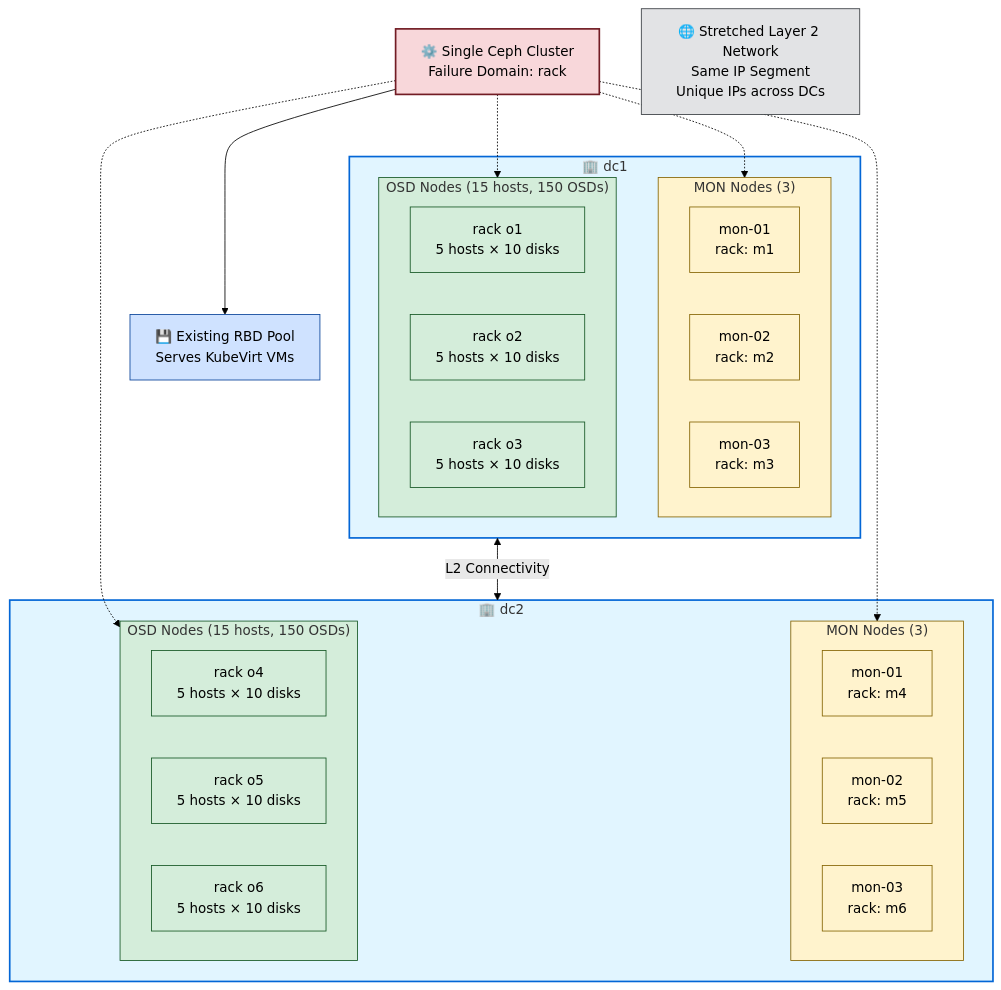
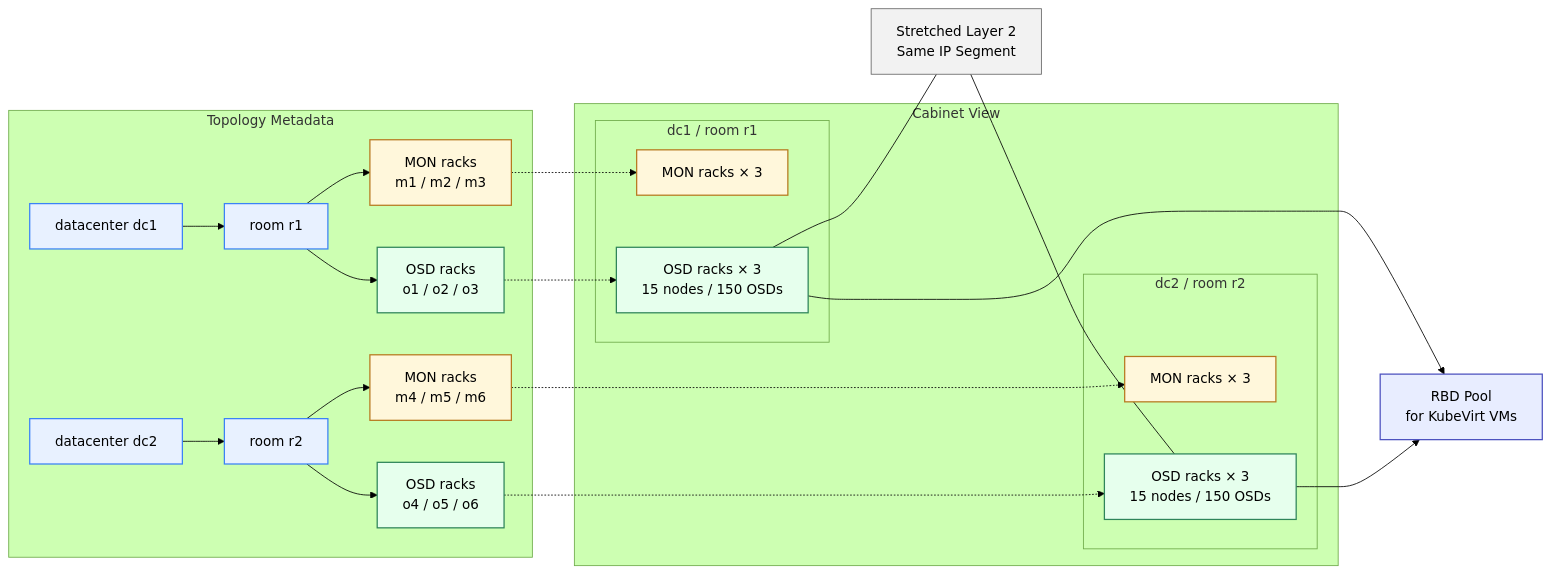
Before and after one commit to MansionLai/notebook: the diagram in storage/ceph-cross-dc-migration/index.md, drawn with Mermaid (forest theme). The commit also changed other lines of this file, not shown here.

Commit message:
docs: redesign ceph migration landing page\n\nCo-authored-by: Copilot <223556219+Copilot@users.noreply.github.com>

````diff
--- a/storage/ceph-cross-dc-migration/index.md
+++ b/storage/ceph-cross-dc-migration/index.md
@@ -76,58 +41,57 @@
 ```mermaid
-graph TB
-    subgraph DC1["🏢 dc1"]
-        subgraph MON_DC1["MON Nodes (3)"]
-            M1["mon-01<br/>rack: m1"]
-            M2["mon-02<br/>rack: m2"]
-            M3["mon-03<br/>rack: m3"]
+graph LR
+    subgraph META["Topology Metadata"]
+        DC1["datacenter dc1"]
+        R1["room r1"]
+        M1["MON racks<br/>m1 / m2 / m3"]
+        O1["OSD racks<br/>o1 / o2 / o3"]
+
+        DC2["datacenter dc2"]
+        R2["room r2"]
+        M2["MON racks<br/>m4 / m5 / m6"]
+        O2["OSD racks<br/>o4 / o5 / o6"]
+
+        DC1 --> R1
+        R1 --> M1
+        R1 --> O1
+        DC2 --> R2
+        R2 --> M2
+        R2 --> O2
+    end
+
+    subgraph CAB["Cabinet View"]
+        subgraph C1["dc1 / room r1"]
+            C1M["MON racks × 3"]
+            C1O["OSD racks × 3<br/>15 nodes / 150 OSDs"]
         end
-        
-        subgraph OSD_DC1["OSD Nodes (15 hosts, 150 OSDs)"]
-            O1["rack o1<br/>5 hosts × 10 disks"]
-            O2["rack o2<br/>5 hosts × 10 disks"]
-            O3["rack o3<br/>5 hosts × 10 disks"]
+
+        subgraph C2["dc2 / room r2"]
+            C2M["MON racks × 3"]
+            C2O["OSD racks × 3<br/>15 nodes / 150 OSDs"]
         end
     end
-    
-    subgraph DC2["🏢 dc2"]
-        subgraph MON_DC2["MON Nodes (3)"]
-            M4["mon-01<br/>rack: m4"]
-            M5["mon-02<br/>rack: m5"]
-            M6["mon-03<br/>rack: m6"]
-        end
-        
-        subgraph OSD_DC2["OSD Nodes (15 hosts, 150 OSDs)"]
-            O4["rack o4<br/>5 hosts × 10 disks"]
-            O5["rack o5<br/>5 hosts × 10 disks"]
-            O6["rack o6<br/>5 hosts × 10 disks"]
-        end
-    end
-    
-    CLUSTER["⚙️ Single Ceph Cluster<br/>Failure Domain: rack"]
-    
-    CLUSTER -.-> MON_DC1
-    CLUSTER -.-> MON_DC2
-    CLUSTER -.-> OSD_DC1
-    CLUSTER -.-> OSD_DC2
-    
-    NET["🌐 Stretched Layer 2 Network<br/>Same IP Segment<br/>Unique IPs across DCs"]
-    
-    DC1 <-->|L2 Connectivity| DC2
-    
-    RBD["💾 Existing RBD Pool<br/>Serves KubeVirt VMs"]
-    CLUSTER --> RBD
-    
-    classDef dcStyle fill:#e1f5ff,stroke:#0366d6,stroke-width:2px
-    classDef monStyle fill:#fff3cd,stroke:#856404,stroke-width:1px
-    classDef osdStyle fill:#d4edda,stroke:#155724,stroke-width:1px
-    classDef clusterStyle fill:#f8d7da,stroke:#721c24,stroke-width:2px
-    classDef netStyle fill:#e2e3e5,stroke:#383d41,stroke-width:1px
-    classDef rbdStyle fill:#cfe2ff,stroke:#084298,stroke-width:1px
-    
-    class DC1,DC2 dcStyle
-    class MON_DC1,MON_DC2,M1,M2,M3,M4,M5,M6 monStyle
-    class OSD_DC1,OSD_DC2,O1,O2,O3,O4,O5,O6 osdStyle
-    class CLUSTER clusterStyle
+
+    NET["Stretched Layer 2<br/>Same IP Segment"]
+    RBD["RBD Pool<br/>for KubeVirt VMs"]
+
+    M1 -.-> C1M
+    O1 -.-> C1O
+    M2 -.-> C2M
+    O2 -.-> C2O
+
+    C1O --- NET --- C2O
+    C1O --> RBD
+    C2O --> RBD
+
+    classDef metaStyle fill:#e8f1ff,stroke:#3b82f6,stroke-width:1.5px
+    classDef monStyle fill:#fff7db,stroke:#b7791f,stroke-width:1.5px
+    classDef osdStyle fill:#e6ffed,stroke:#2f855a,stroke-width:1.5px
+    classDef netStyle fill:#f2f2f2,stroke:#666,stroke-width:1px
+    classDef rbdStyle fill:#e8edff,stroke:#4c51bf,stroke-width:1.5px
+
+    class DC1,DC2,R1,R2 metaStyle
+    class M1,M2,C1M,C2M monStyle
+    class O1,O2,C1O,C2O osdStyle
     class NET netStyle
     class RBD rbdStyle
 ```
````
